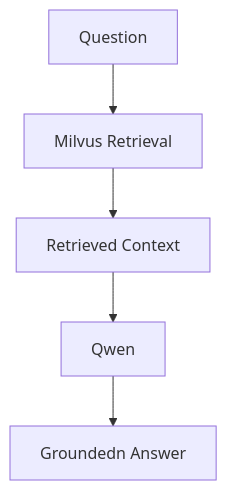
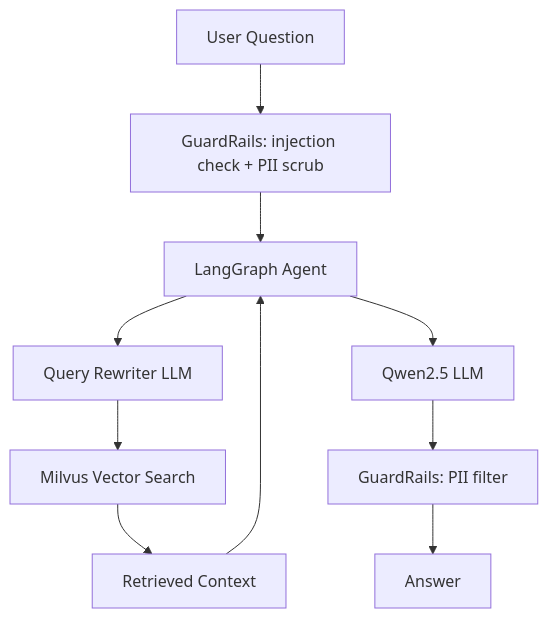
The diagram in README.md (AdnanSevincDS/parking-agent-system), drawn with Mermaid before and after one commit. The commit also changed other lines of this file, not shown here.

````diff
--- a/README.md
+++ b/README.md
@@ -39,9 +121,12 @@
 ```mermaid
 graph TD
-
-A[Question] --> B[Milvus Retrieval]
-B --> C[Retrieved Context]
-C --> D[Qwen]
-D --> E[Groundedn Answer]
-
+    A[User Question] --> B[GuardRails: injection check + PII scrub]
+    B --> C[LangGraph Agent]
+    C --> D[Query Rewriter LLM]
+    D --> E[Milvus Vector Search]
+    E --> F[Retrieved Context]
+    F --> C
+    C --> G[Qwen2.5 LLM]
+    G --> H[GuardRails: PII filter]
+    H --> I[Answer]
 ```
````
